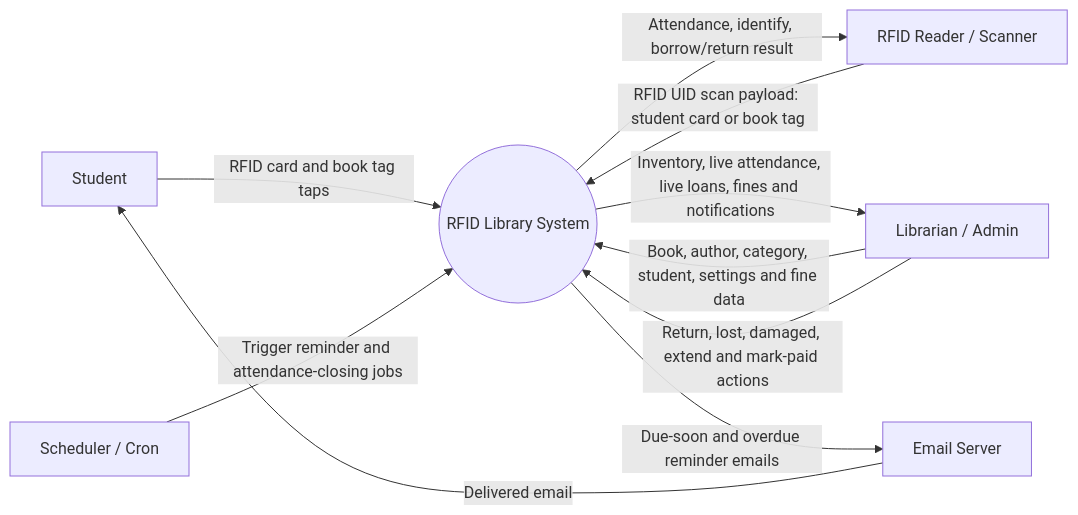
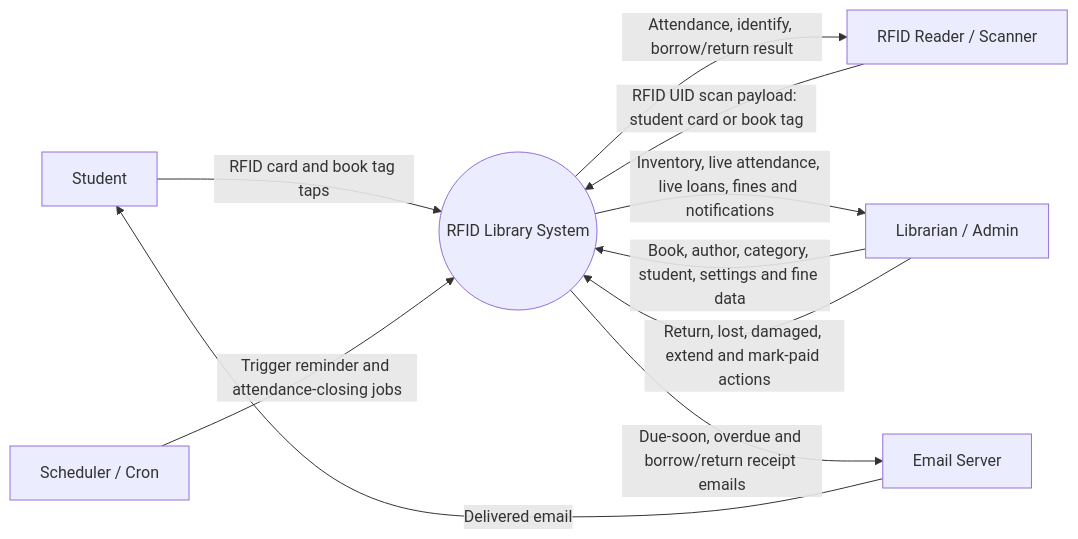
One commit to martinyano/rfid-library-scanner changed the first of 2 diagrams in docs/dfd.md. Above: the diagram before and after it, drawn with Mermaid. The commit also changed other lines of this file and 17 other files, not shown here.

````diff
--- a/docs/dfd.md
+++ b/docs/dfd.md
@@ -22,24 +22,24 @@
 ```mermaid
 flowchart LR
     S[Student]
     A[Librarian / Admin]
     R[RFID Reader / Scanner]
     E[Email Server]
     C[Scheduler / Cron]
 
     SYS((RFID Library System))
 
     R -->|RFID UID scan payload: student card or book tag| SYS
     SYS -->|Attendance, identify, borrow/return result| R
 
     S -->|RFID card and book tag taps| SYS
 
     A -->|Book, author, category, student, settings and fine data| SYS
     A -->|Return, lost, damaged, extend and mark-paid actions| SYS
     SYS -->|Inventory, live attendance, live loans, fines and notifications| A
 
-    SYS -->|Due-soon and overdue reminder emails| E
+    SYS -->|Due-soon, overdue and borrow/return receipt emails| E
     E -->|Delivered email| S
 
     C -->|Trigger reminder and attendance-closing jobs| SYS
 ```
````
